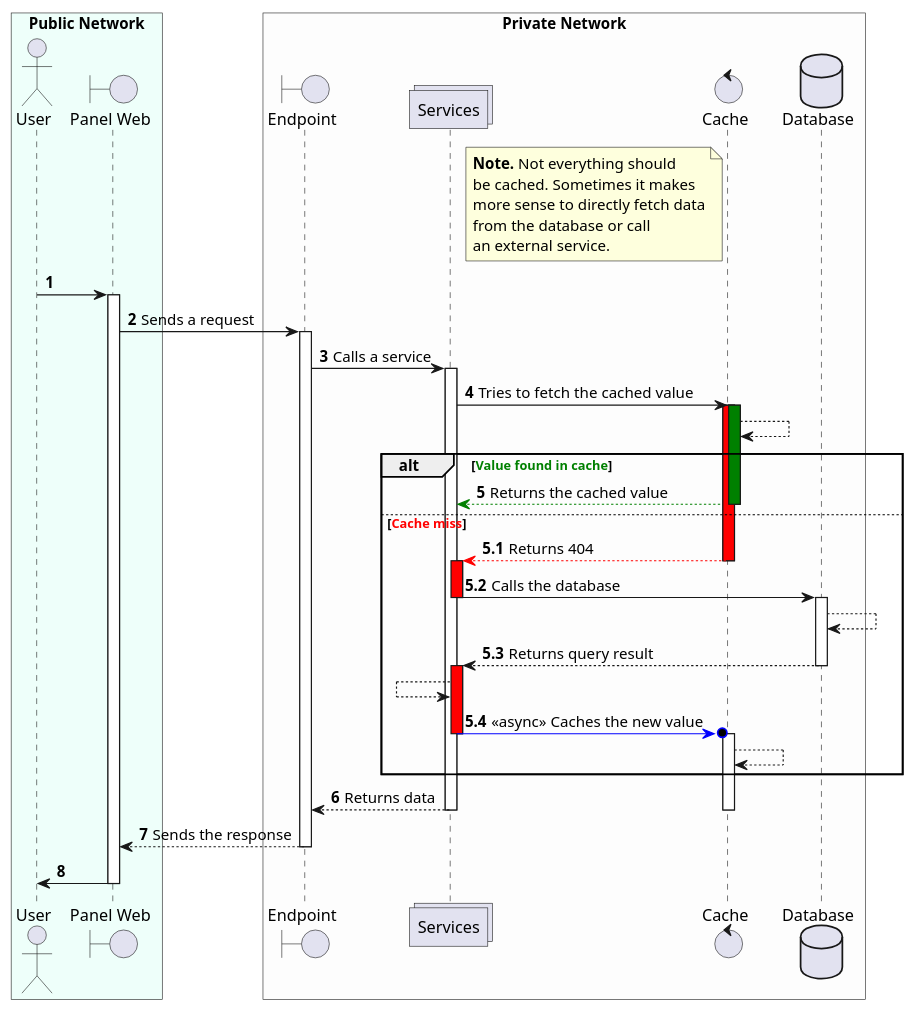
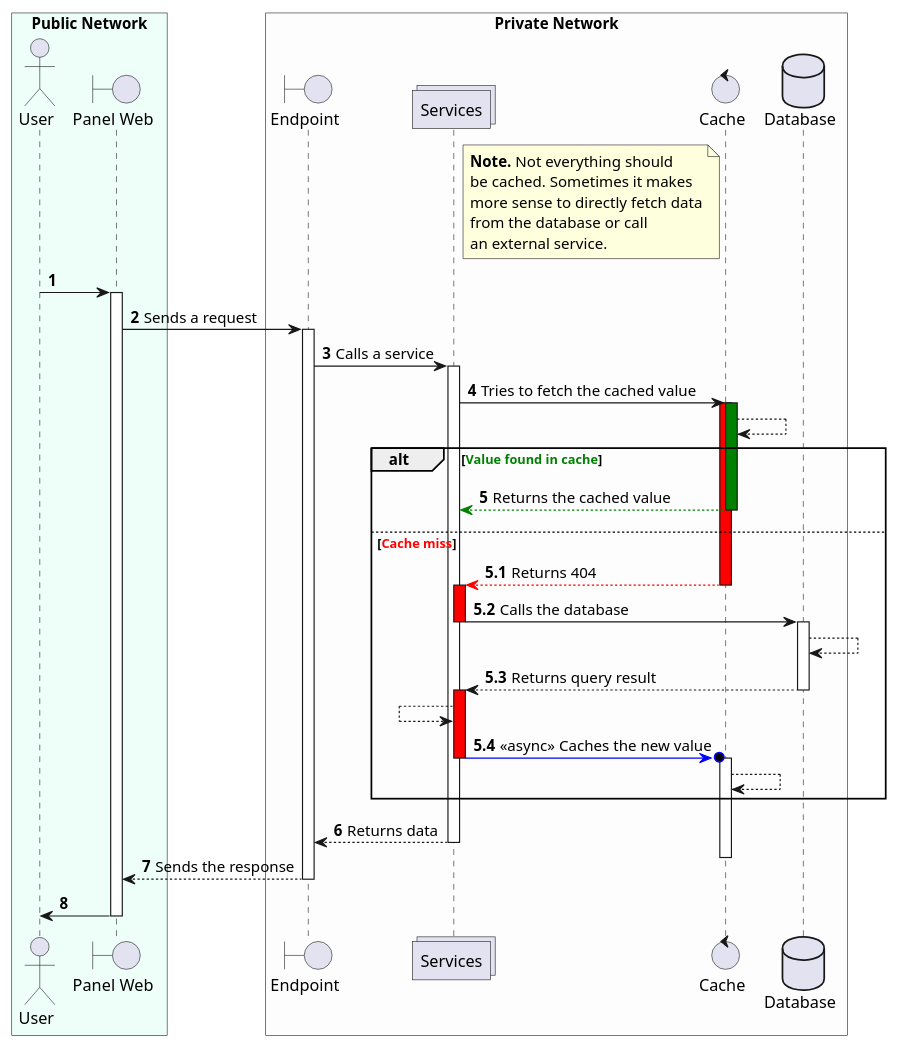
The diagram in docs/adoc/technical-internals/architecture/_includes/read_architecture.puml (Mlodzi-Razem/panel), drawn with PlantUML before and after one commit. The commit also changed 2 other files, not shown here.

Commit message:
switched to teoz

```diff
--- a/docs/adoc/technical-internals/architecture/_includes/read_architecture.puml
+++ b/docs/adoc/technical-internals/architecture/_includes/read_architecture.puml
@@ -1,90 +1,91 @@
 @startuml
+!pragma teoz true
 
 box "Public Network" #eefffa
     actor User as user
     boundary "Panel Web" as panelWeb
 end box
 
 box "Private Network" #fdfdfd
     boundary Endpoint as endpoint
     collections Services as services
     control Cache as cache
     database Database as database
 end box
 
 note left of cache
     <b>Note.</b> Not everything should
     be cached. Sometimes it makes
     more sense to directly fetch data
     from the database or call
     an external service.
 end note
 
 autonumber 1
 
 user -> panelWeb
 activate panelWeb
 
 panelWeb -> endpoint: Sends a request
 activate endpoint
 
 endpoint -> services: Calls a service
 
 activate services
 services -> cache: Tries to fetch the cached value
 
 activate cache #red
 activate cache #green
 
 autonumber stop
 cache --> cache
 
 alt <font color="green">Value found in cache</font>
     autonumber 5
     cache -[#green]-> services: Returns the cached value
     deactivate cache
 else <font color="red">Cache miss</font>
     autonumber 5.1
     cache -[#red]-> services: Returns 404
     deactivate cache
     activate services #red
 
     services -> database: Calls the database
     deactivate services
     activate database
 
     autonumber stop
     database --> database
     autonumber resume
 
     database --> services: Returns query result
 
     deactivate database
 
     activate services #red
 
     autonumber stop
     services <-- services
     autonumber resume
 
     services -[#blue]>o cache: <<async>> Caches the new value
     deactivate services
     activate cache
     autonumber stop
     cache --> cache
     autonumber resume
 end
 
 autonumber 6
 
 services --> endpoint: Returns data
 deactivate services
 deactivate cache
 
 
 endpoint --> panelWeb: Sends the response
 deactivate endpoint
 
 panelWeb -> user
 deactivate panelWeb
 @enduml
```
